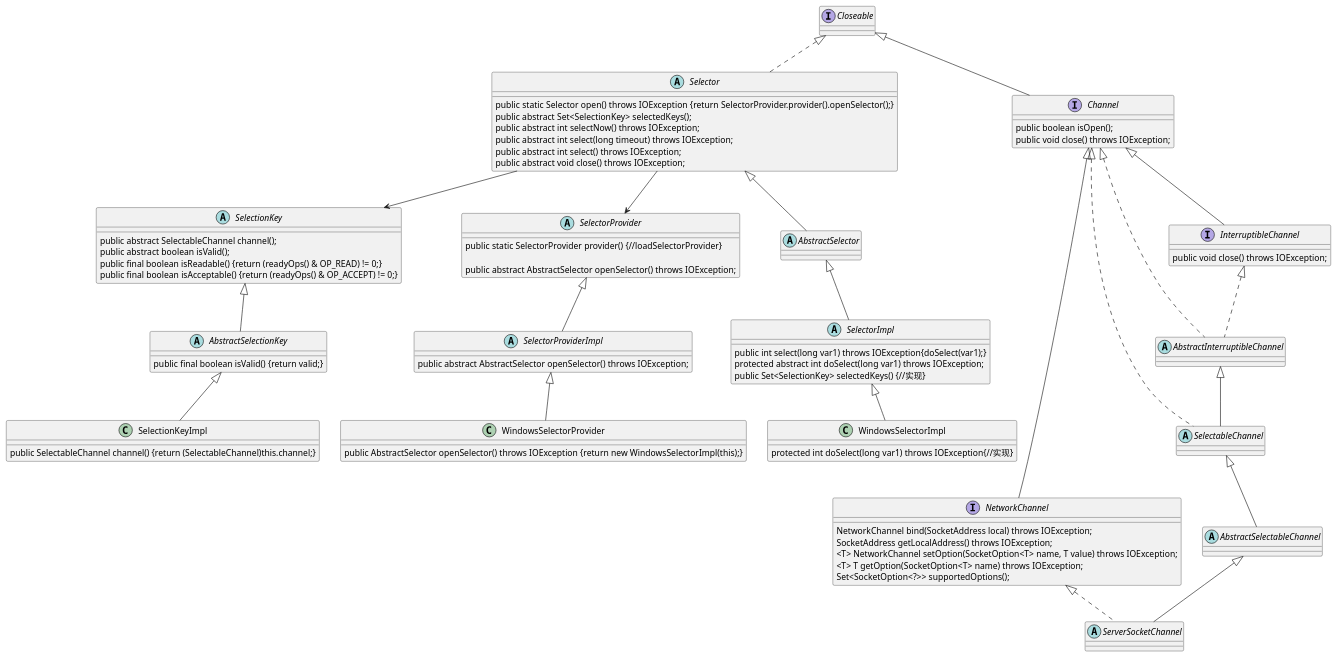
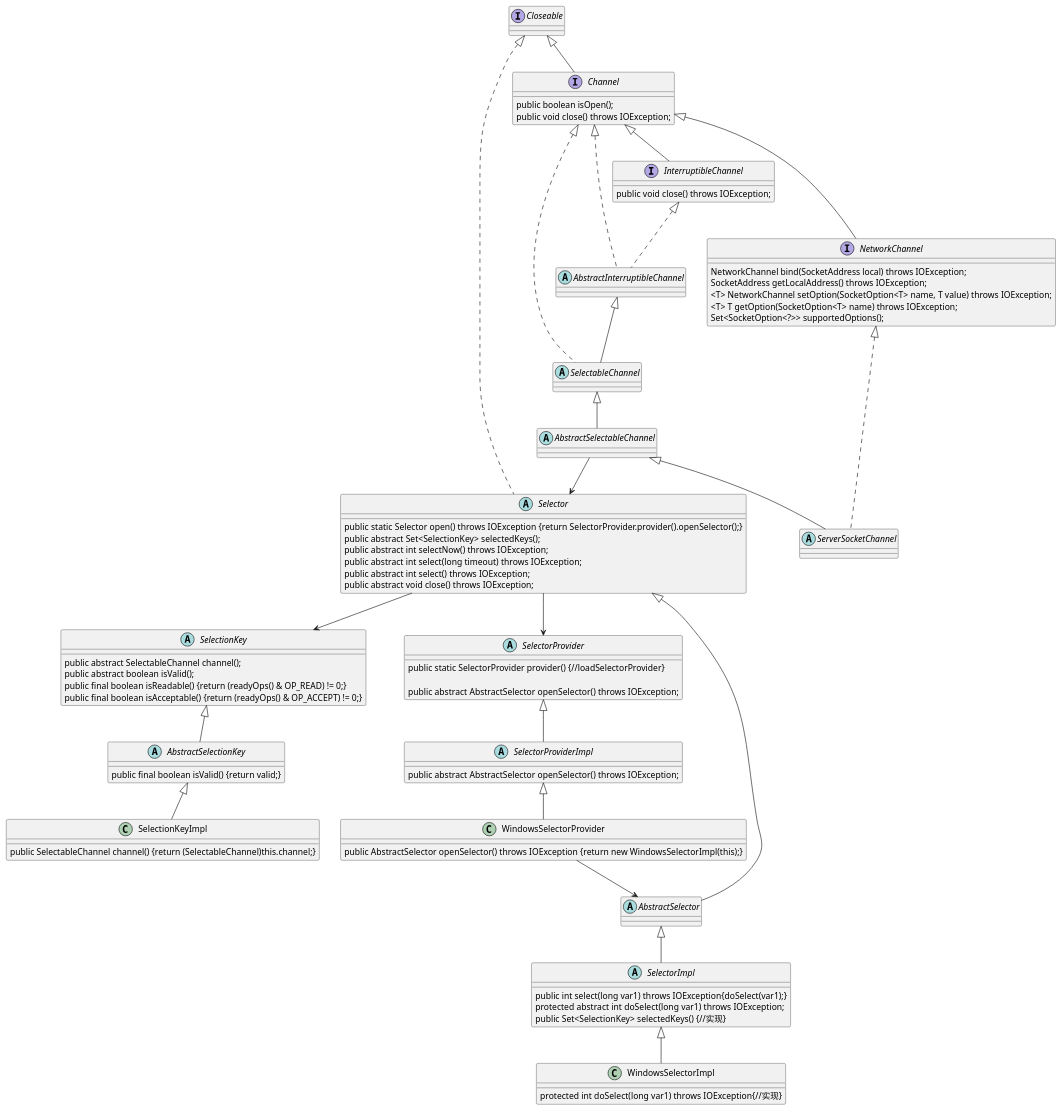
Before and after one commit to brotherbingege/netty-start: the diagram in nio.puml, drawn with PlantUML.

```diff
--- a/nio.puml
+++ b/nio.puml
@@ -1,73 +1,77 @@
 @startuml
 'https://plantuml.com/class-diagram
 
 abstract class Selector implements Closeable{
     public static Selector open() throws IOException {return SelectorProvider.provider().openSelector();}
     public abstract Set<SelectionKey> selectedKeys();
     public abstract int selectNow() throws IOException;
     public abstract int select(long timeout) throws IOException;
     public abstract int select() throws IOException;
     public abstract void close() throws IOException;
 }
 abstract class SelectionKey{
     public abstract SelectableChannel channel();
     public abstract boolean isValid();
     public final boolean isReadable() {return (readyOps() & OP_READ) != 0;}
     public final boolean isAcceptable() {return (readyOps() & OP_ACCEPT) != 0;}
 }
 abstract class AbstractSelectionKey extends SelectionKey{
     public final boolean isValid() {return valid;}
 }
 class SelectionKeyImpl extends AbstractSelectionKey {
     public SelectableChannel channel() {return (SelectableChannel)this.channel;}
 }
 Selector --> SelectionKey
 Selector --> SelectorProvider
 
 abstract class SelectorProvider {
 
     public static SelectorProvider provider() {//loadSelectorProvider}
 
     public abstract AbstractSelector openSelector() throws IOException;
 }
 
 abstract class SelectorProviderImpl extends SelectorProvider {
     public abstract AbstractSelector openSelector() throws IOException;
 }
 
 class WindowsSelectorProvider extends SelectorProviderImpl {
 
     public AbstractSelector openSelector() throws IOException {return new WindowsSelectorImpl(this);}
 }
+
+WindowsSelectorProvider --> AbstractSelector
 abstract class SelectorImpl extends AbstractSelector{
     public int select(long var1) throws IOException{doSelect(var1);}
     protected abstract int doSelect(long var1) throws IOException;
     public Set<SelectionKey> selectedKeys() {//实现}
 }
 abstract class AbstractSelector extends Selector{
 
 }
 class WindowsSelectorImpl extends SelectorImpl{
     protected int doSelect(long var1) throws IOException{//实现}
 }
 
 interface Channel extends Closeable {
     public boolean isOpen();
     public void close() throws IOException;
 }
 interface NetworkChannel extends Channel{
         NetworkChannel bind(SocketAddress local) throws IOException;
         SocketAddress getLocalAddress() throws IOException;
         <T> NetworkChannel setOption(SocketOption<T> name, T value) throws IOException;
         <T> T getOption(SocketOption<T> name) throws IOException;
         Set<SocketOption<?>> supportedOptions();
 }
 abstract class ServerSocketChannel extends AbstractSelectableChannel implements NetworkChannel{}
 abstract class AbstractSelectableChannel extends SelectableChannel{}
 abstract class SelectableChannel extends AbstractInterruptibleChannel implements Channel{}
 abstract class AbstractInterruptibleChannel implements Channel, InterruptibleChannel{}
 interface InterruptibleChannel extends Channel{
     public void close() throws IOException;
 }
 
+
+ AbstractSelectableChannel --> Selector
 @enduml
```
